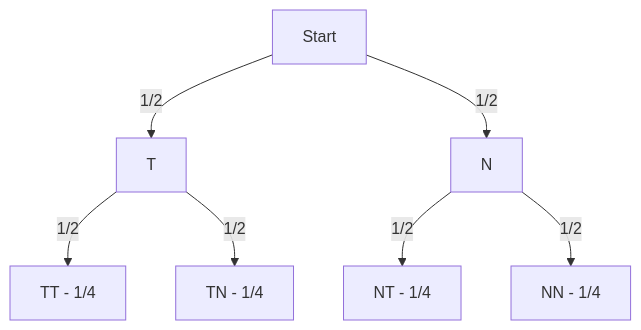
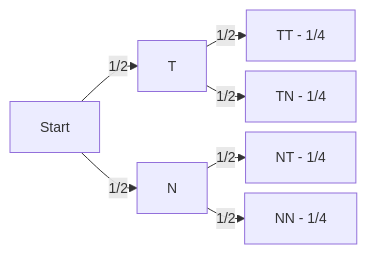
Before and after one commit to sebastiansauer/start-bayes: the first of 4 diagrams in slides/0350-wskt2.qmd, drawn with Mermaid. The commit also changed other lines of this file and 19 other files, not shown here.

First line of the commit message:
fix: Mermaid-Diagramm-Überlauf in Foliensätzen (Kapitel 3 u.a.)

````diff
--- a/slides/0350-wskt2.qmd
+++ b/slides/0350-wskt2.qmd
@@ -328,9 +329,10 @@
 ```{mermaid}
-flowchart TD
+%%{init: {'themeVariables': {'fontSize': '14px'}, 'flowchart': {'diagramPadding': 2, 'nodeSpacing': 10, 'rankSpacing': 18}}}%%
+flowchart LR
     A[Start] --1/2--> B1[T]
     A --1/2--> B2[N]
     B1 --1/2--> C1[TT - 1/4]
     B1 --1/2--> C2[TN - 1/4]
     B2 --1/2--> C3[NT - 1/4]
     B2 --1/2--> C4[NN - 1/4]
 ```
````
